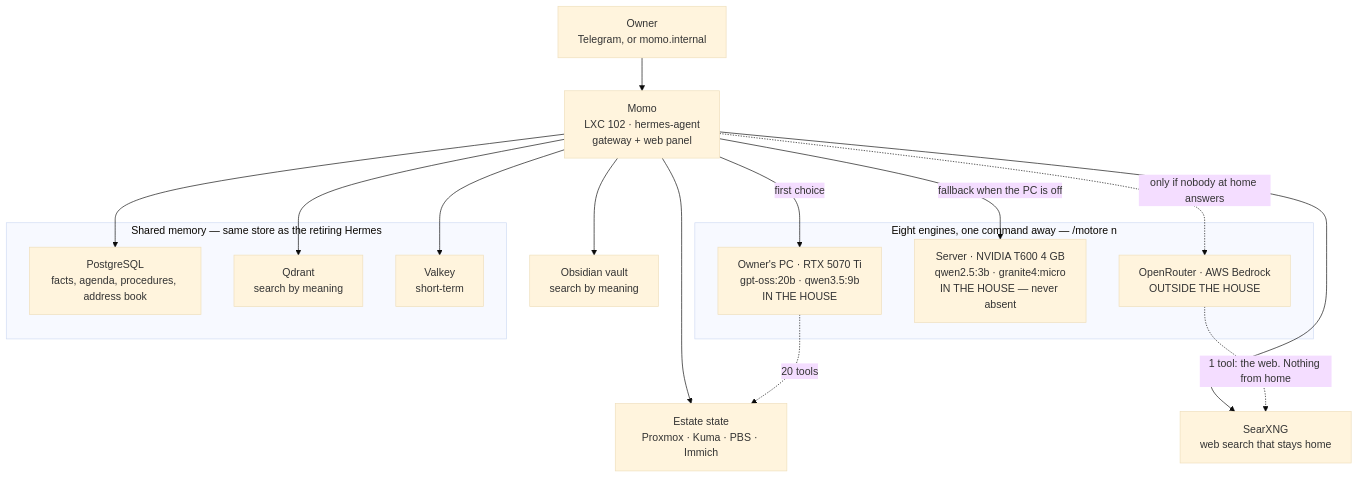
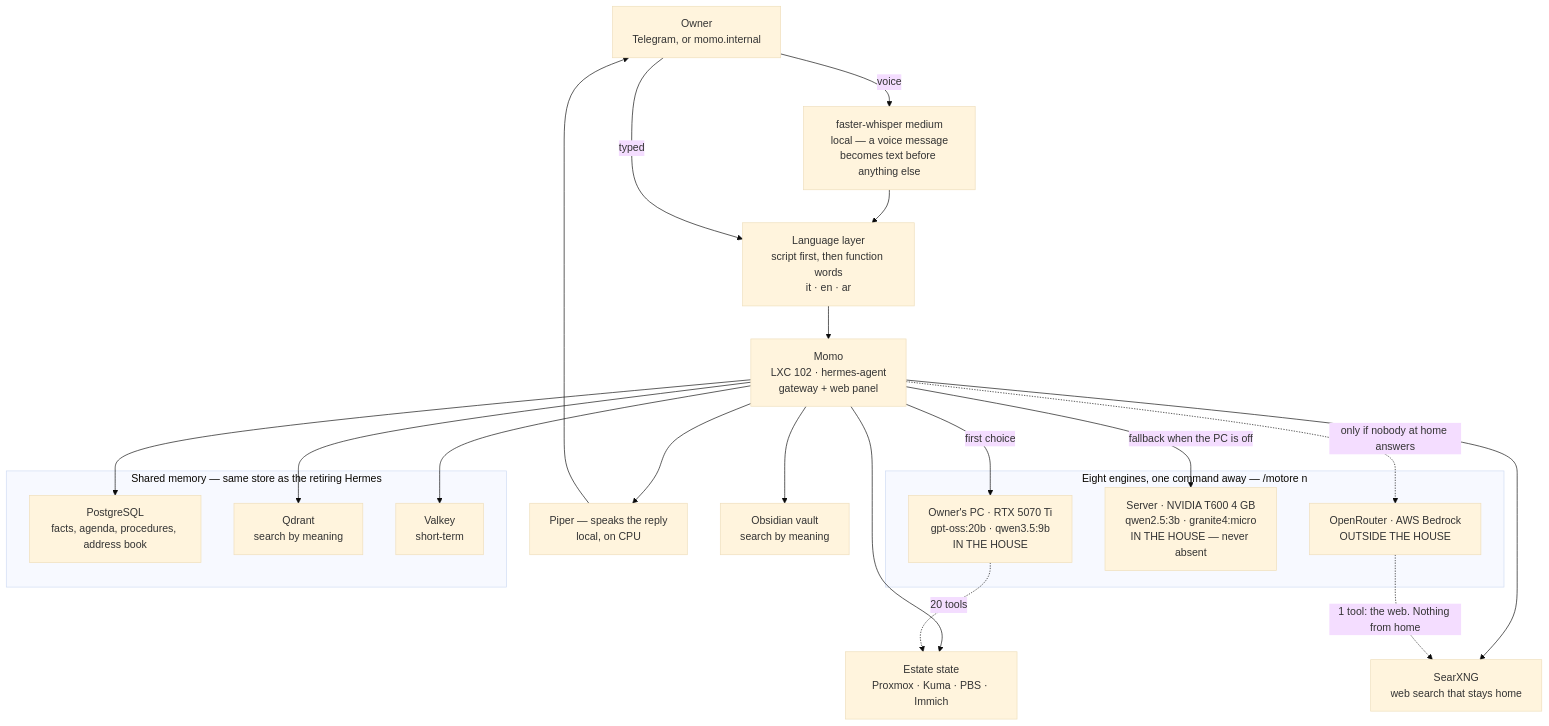
The second of 2 diagrams in README.md (Mohamed-DN/Sovereign-Homelab), drawn with Mermaid (base theme) before and after one commit. The commit also changed other lines of this file and 1 other file, not shown here.

First paragraph of the commit message:
L'architettura racconta anche l'assistente e la voce
Il documento di architettura non nominava Momo nemmeno una volta, e la voce
non compariva in nessuno schema. Ora c'e' una sezione con il suo flusso.

````diff
--- a/README.md
+++ b/README.md
@@ -152,33 +152,39 @@
 ```mermaid
 flowchart TD
     Owner["Owner\nTelegram, or momo.internal"]
+    STT["faster-whisper medium\nlocal — a voice message\nbecomes text before anything else"]
+    Lang["Language layer\nscript first, then function words\nit · en · ar"]
     Gateway["Momo\nLXC 102 · hermes-agent\ngateway + web panel"]
+    TTS["Piper — speaks the reply\nlocal, on CPU"]
 
     subgraph Engines["Eight engines, one command away — /motore n"]
       PCG["Owner's PC · RTX 5070 Ti\ngpt-oss:20b · qwen3.5:9b\nIN THE HOUSE"]
       SRV["Server · NVIDIA T600 4 GB\nqwen2.5:3b · granite4:micro\nIN THE HOUSE — never absent"]
       OUT["OpenRouter · AWS Bedrock\nOUTSIDE THE HOUSE"]
     end
 
     subgraph Memory["Shared memory — same store as the retiring Hermes"]
       PG["PostgreSQL\nfacts, agenda, procedures, address book"]
       QD["Qdrant\nsearch by meaning"]
       VK["Valkey\nshort-term"]
     end
 
     Estate["Estate state\nProxmox · Kuma · PBS · Immich"]
     Vault["Obsidian vault\nsearch by meaning"]
     Search["SearXNG\nweb search that stays home"]
 
-    Owner --> Gateway
+    Owner -->|"voice"| STT --> Lang
+    Owner -->|"typed"| Lang
+    Lang --> Gateway
+    Gateway --> TTS --> Owner
     Gateway -->|"first choice"| PCG
     Gateway -->|"fallback when the PC is off"| SRV
     Gateway -.->|"only if nobody at home answers"| OUT
     Gateway --> PG & QD & VK
     Gateway --> Estate
     Gateway --> Vault
     Gateway --> Search
 
     PCG -.->|"20 tools"| Estate
     OUT -.->|"1 tool: the web. Nothing from home"| Search
 ```
````
